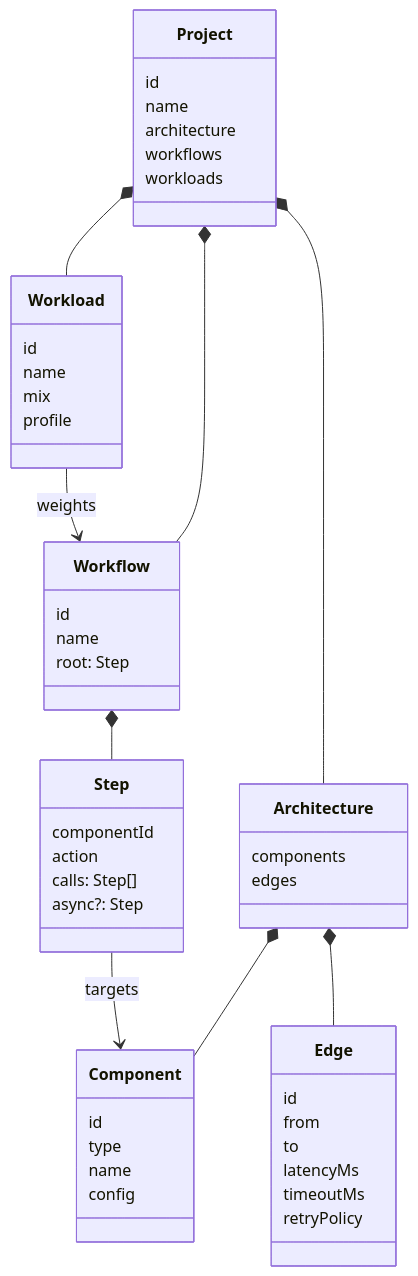
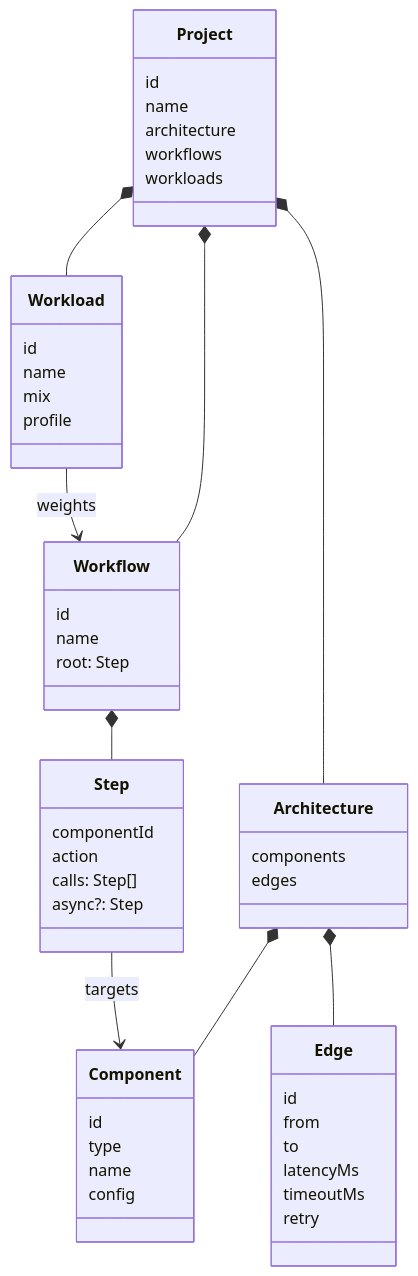
Before and after one commit to alanbickel/wind-tunnel: the first of 4 diagrams in docs/design/mvp-design.md, drawn with Mermaid. The commit also changed other lines of this file and 51 other files, not shown here.

````diff
--- a/docs/design/mvp-design.md
+++ b/docs/design/mvp-design.md
@@ -36,53 +36,53 @@
 ```mermaid
 classDiagram
     class Project {
         id
         name
         architecture
         workflows
         workloads
     }
     class Architecture {
         components
         edges
     }
     class Component {
         id
         type
         name
         config
     }
     class Edge {
         id
         from
         to
         latencyMs
         timeoutMs
-        retryPolicy
+        retry
     }
     class Workflow {
         id
         name
         root: Step
     }
     class Step {
         componentId
         action
         calls: Step[]
         async?: Step
     }
     class Workload {
         id
         name
         mix
         profile
     }
     Project *-- Architecture
     Project *-- Workflow
     Project *-- Workload
     Architecture *-- Component
     Architecture *-- Edge
     Workflow *-- Step
     Step --> Component : targets
     Workload --> Workflow : weights
 ```
````
